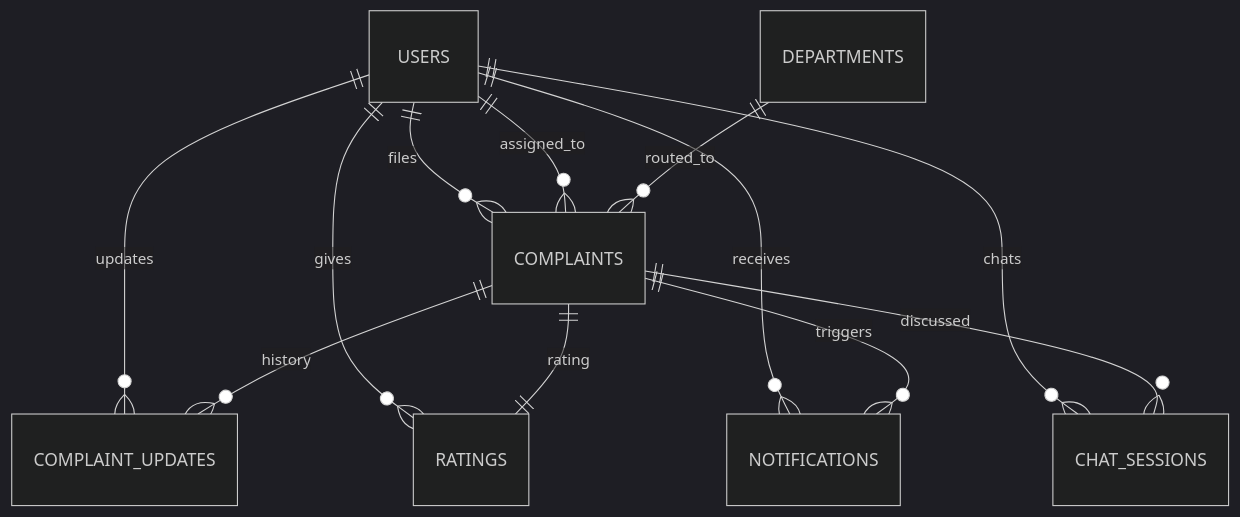
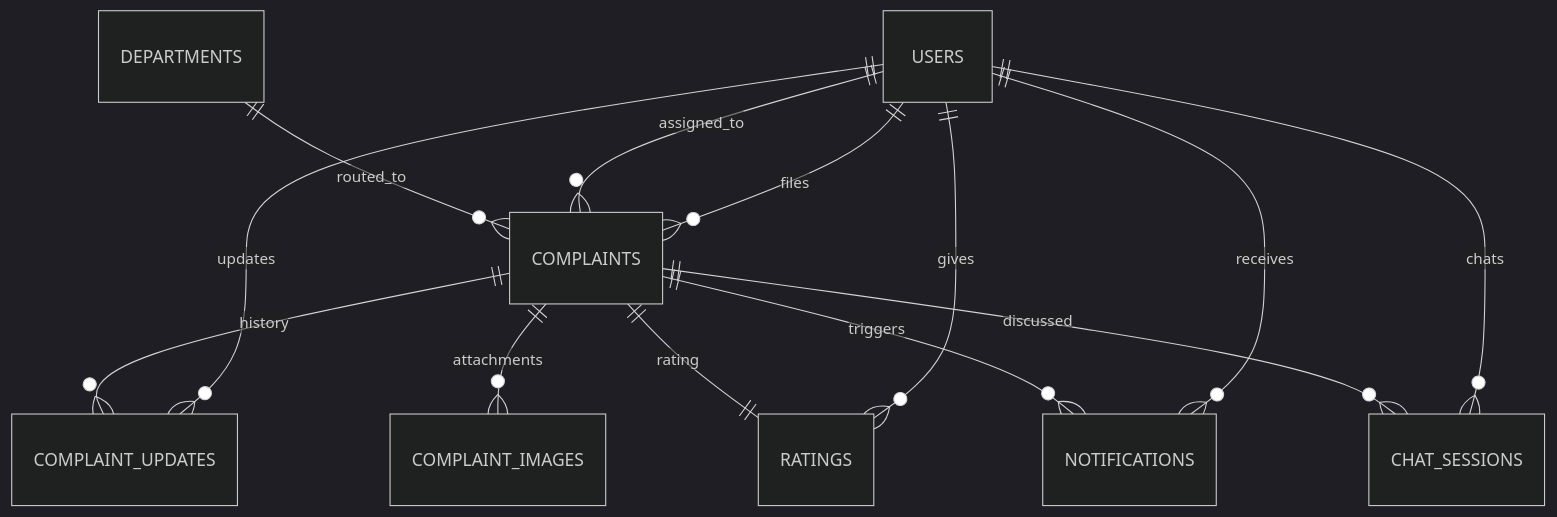
Before and after one commit to 24f2000777/MAY2026-Team-059: the diagram in README.md, drawn with Mermaid (dark theme). The commit also changed other lines of this file, not shown here.

````diff
--- a/README.md
+++ b/README.md
@@ -499,14 +643,15 @@
 ```mermaid
 erDiagram
     USERS ||--o{ COMPLAINTS : files
     USERS ||--o{ COMPLAINTS : assigned_to
     USERS ||--o{ COMPLAINT_UPDATES : updates
     USERS ||--o{ RATINGS : gives
     USERS ||--o{ NOTIFICATIONS : receives
     USERS ||--o{ CHAT_SESSIONS : chats
     DEPARTMENTS ||--o{ COMPLAINTS : routed_to
     COMPLAINTS ||--o{ COMPLAINT_UPDATES : history
+    COMPLAINTS ||--o{ COMPLAINT_IMAGES : attachments
     COMPLAINTS ||--|| RATINGS : rating
     COMPLAINTS ||--o{ NOTIFICATIONS : triggers
     COMPLAINTS ||--o{ CHAT_SESSIONS : discussed
 ```
````
